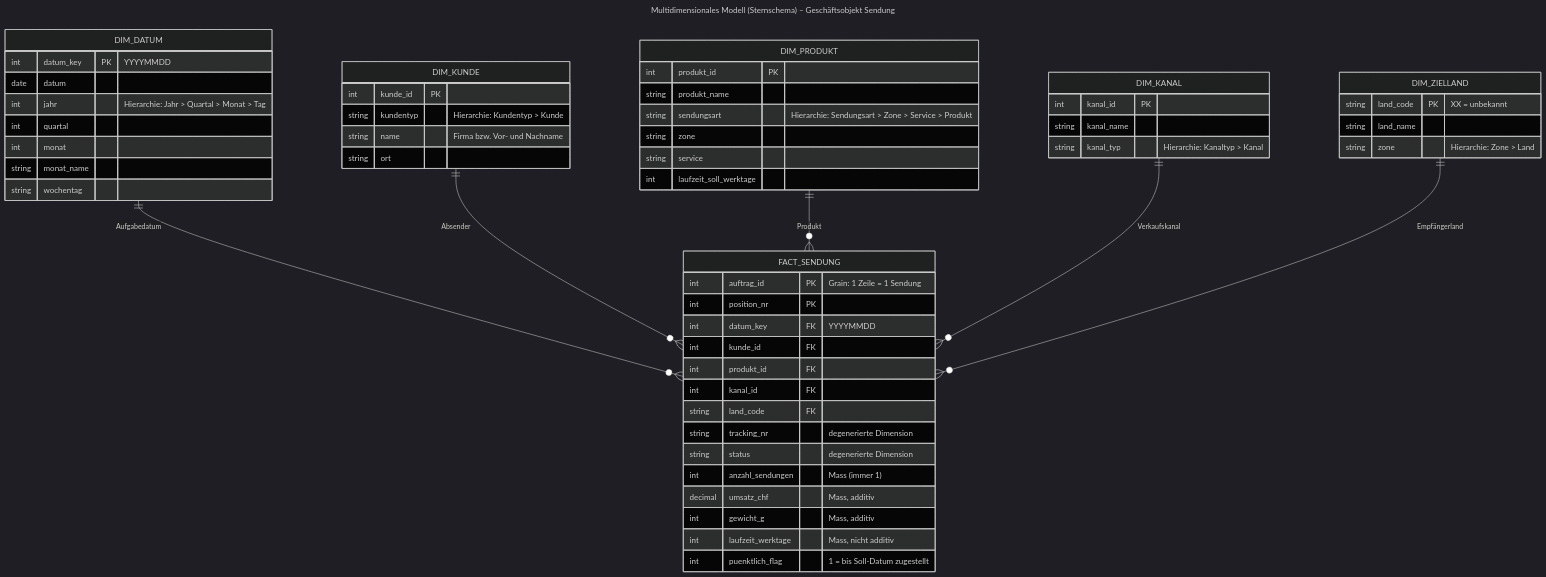
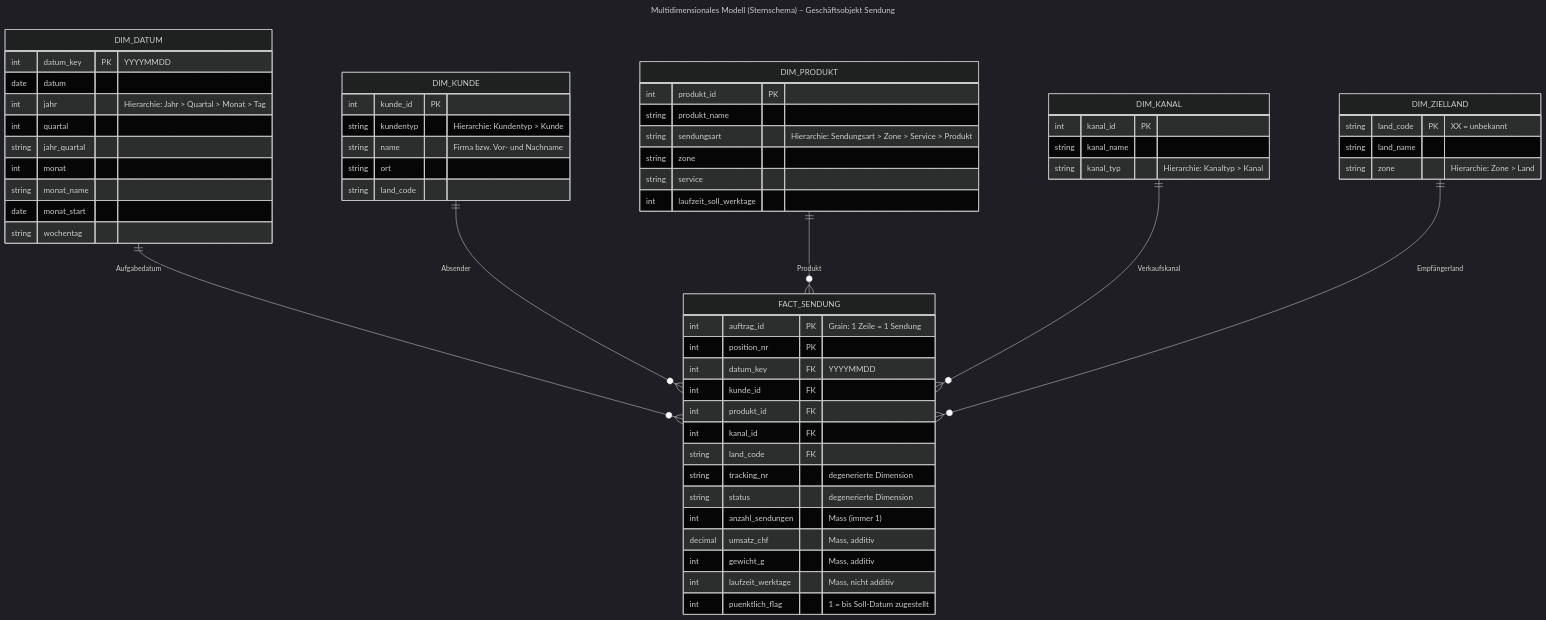
One commit to taar1/ZHAW_DB_DQH_Leistungsnachweis changed the diagram in docs/diagramme/sternschema_sendung.mmd. Above: the diagram before and after it, drawn with Mermaid (dark theme). The commit also changed 8 other files, not shown here.

```diff
--- a/docs/diagramme/sternschema_sendung.mmd
+++ b/docs/diagramme/sternschema_sendung.mmd
@@ -1,59 +1,62 @@
 ---
 title: Multidimensionales Modell (Sternschema) – Geschäftsobjekt Sendung
 ---
 erDiagram
     DIM_DATUM ||--o{ FACT_SENDUNG : "Aufgabedatum"
     DIM_KUNDE ||--o{ FACT_SENDUNG : "Absender"
     DIM_PRODUKT ||--o{ FACT_SENDUNG : "Produkt"
     DIM_KANAL ||--o{ FACT_SENDUNG : "Verkaufskanal"
     DIM_ZIELLAND ||--o{ FACT_SENDUNG : "Empfängerland"
 
     FACT_SENDUNG {
         int auftrag_id PK "Grain: 1 Zeile = 1 Sendung"
         int position_nr PK
         int datum_key FK "YYYYMMDD"
         int kunde_id FK
         int produkt_id FK
         int kanal_id FK
         string land_code FK
         string tracking_nr "degenerierte Dimension"
         string status "degenerierte Dimension"
         int anzahl_sendungen "Mass (immer 1)"
         decimal umsatz_chf "Mass, additiv"
         int gewicht_g "Mass, additiv"
         int laufzeit_werktage "Mass, nicht additiv"
         int puenktlich_flag "1 = bis Soll-Datum zugestellt"
     }
     DIM_DATUM {
         int datum_key PK "YYYYMMDD"
         date datum
         int jahr "Hierarchie: Jahr > Quartal > Monat > Tag"
         int quartal
+        string jahr_quartal
         int monat
         string monat_name
+        date monat_start
         string wochentag
     }
     DIM_KUNDE {
         int kunde_id PK
         string kundentyp "Hierarchie: Kundentyp > Kunde"
         string name "Firma bzw. Vor- und Nachname"
         string ort
+        string land_code
     }
     DIM_PRODUKT {
         int produkt_id PK
         string produkt_name
         string sendungsart "Hierarchie: Sendungsart > Zone > Service > Produkt"
         string zone
         string service
         int laufzeit_soll_werktage
     }
     DIM_KANAL {
         int kanal_id PK
         string kanal_name
         string kanal_typ "Hierarchie: Kanaltyp > Kanal"
     }
     DIM_ZIELLAND {
         string land_code PK "XX = unbekannt"
         string land_name
         string zone "Hierarchie: Zone > Land"
     }
```
